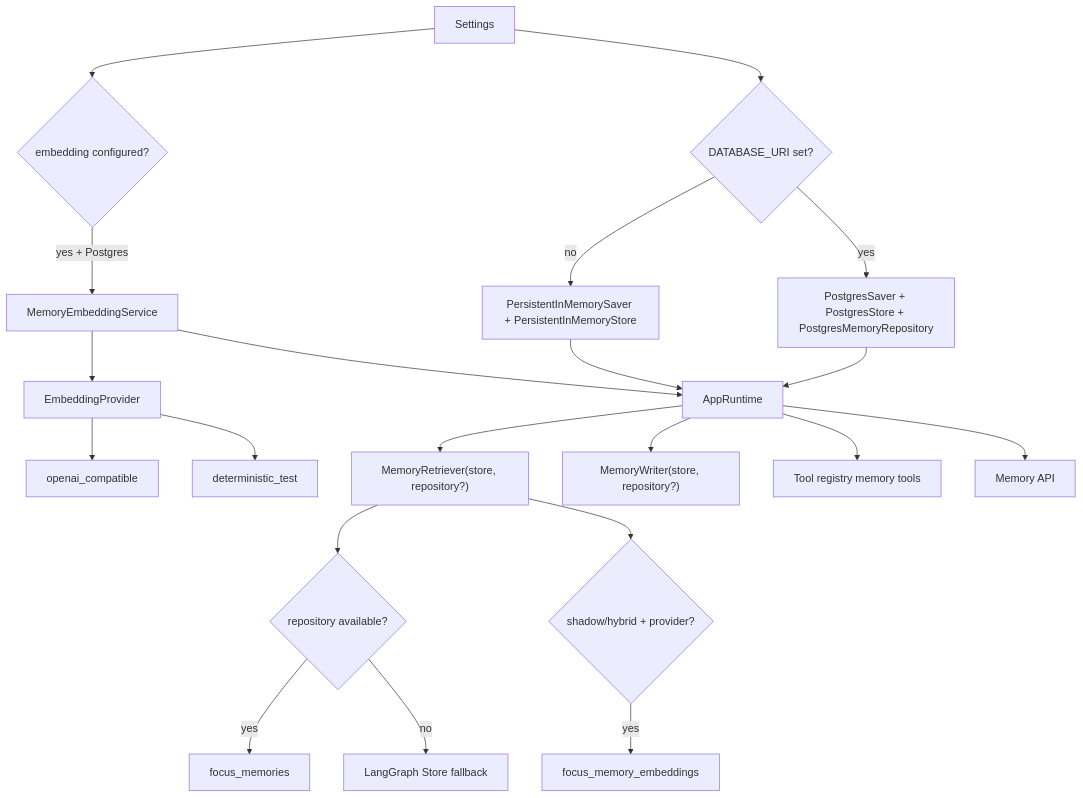
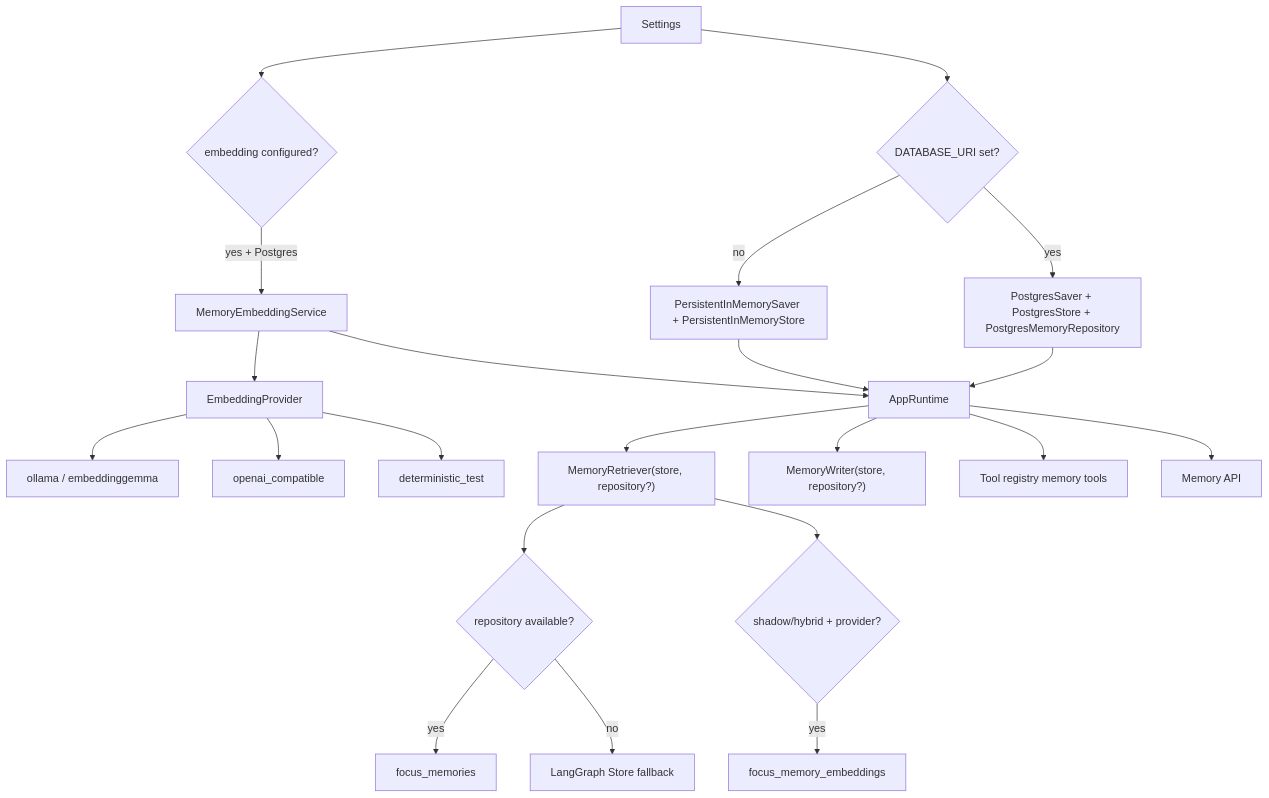
One commit to William-zgx/focus-agent changed the fourth of 12 diagrams in docs/memory-system-v2.md. Above: the diagram before and after it, drawn with Mermaid. The commit also changed other lines of this file and 29 other files, not shown here.

````diff
--- a/docs/memory-system-v2.md
+++ b/docs/memory-system-v2.md
@@ -339,23 +361,24 @@
 ```mermaid
 flowchart TD
     Settings["Settings"] --> HasDb{"DATABASE_URI set?"}
     HasDb -- "yes" --> Pg["PostgresSaver + PostgresStore + PostgresMemoryRepository"]
     HasDb -- "no" --> Local["PersistentInMemorySaver + PersistentInMemoryStore"]
     Settings --> EmbEnabled{"embedding configured?"}
     EmbEnabled -- "yes + Postgres" --> EmbSvc["MemoryEmbeddingService"]
     EmbSvc --> Provider["EmbeddingProvider"]
+    Provider --> Ollama["ollama / embeddinggemma"]
     Provider --> OpenAI["openai_compatible"]
     Provider --> TestProvider["deterministic_test"]
     Pg --> Runtime["AppRuntime"]
     Local --> Runtime
     EmbSvc --> Runtime
     Runtime --> Retriever["MemoryRetriever(store, repository?)"]
     Runtime --> Writer["MemoryWriter(store, repository?)"]
     Runtime --> Tools["Tool registry memory tools"]
     Runtime --> API["Memory API"]
     Retriever --> RepoPath{"repository available?"}
     RepoPath -- "yes" --> Canonical["focus_memories"]
     RepoPath -- "no" --> Legacy["LangGraph Store fallback"]
     Retriever --> Vector{"shadow/hybrid + provider?"}
     Vector -- "yes" --> Embeddings["focus_memory_embeddings"]
 ```
````
